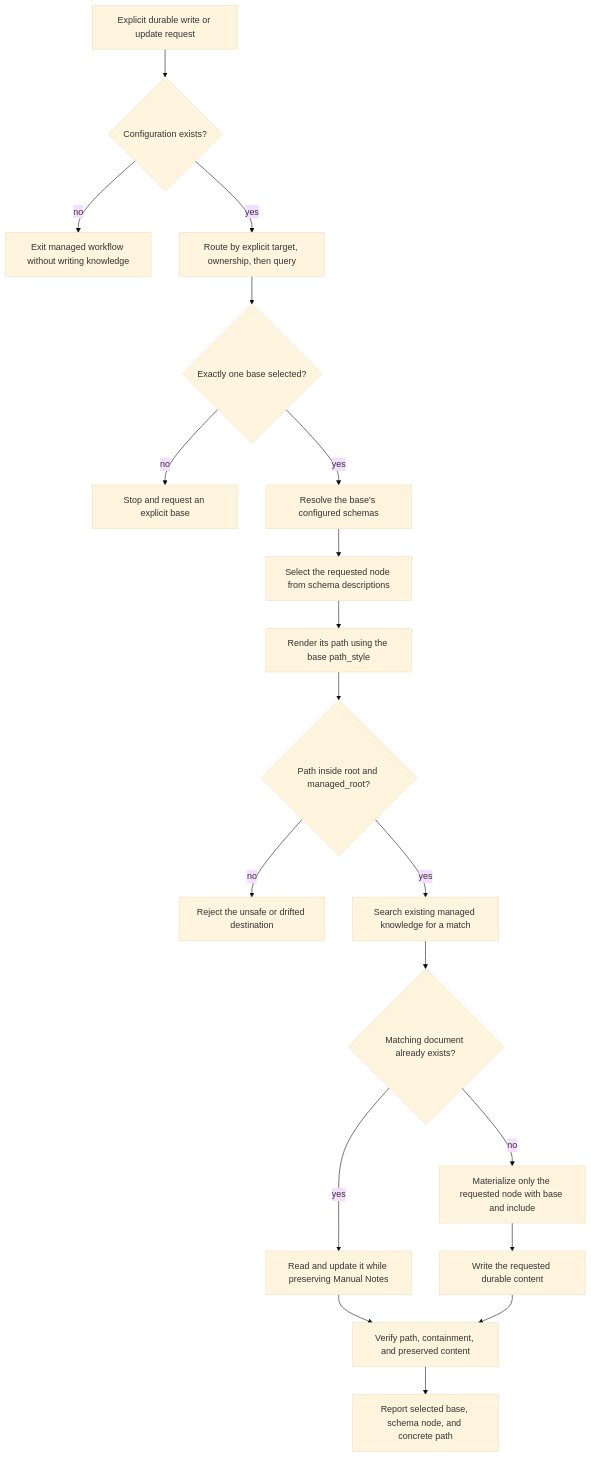
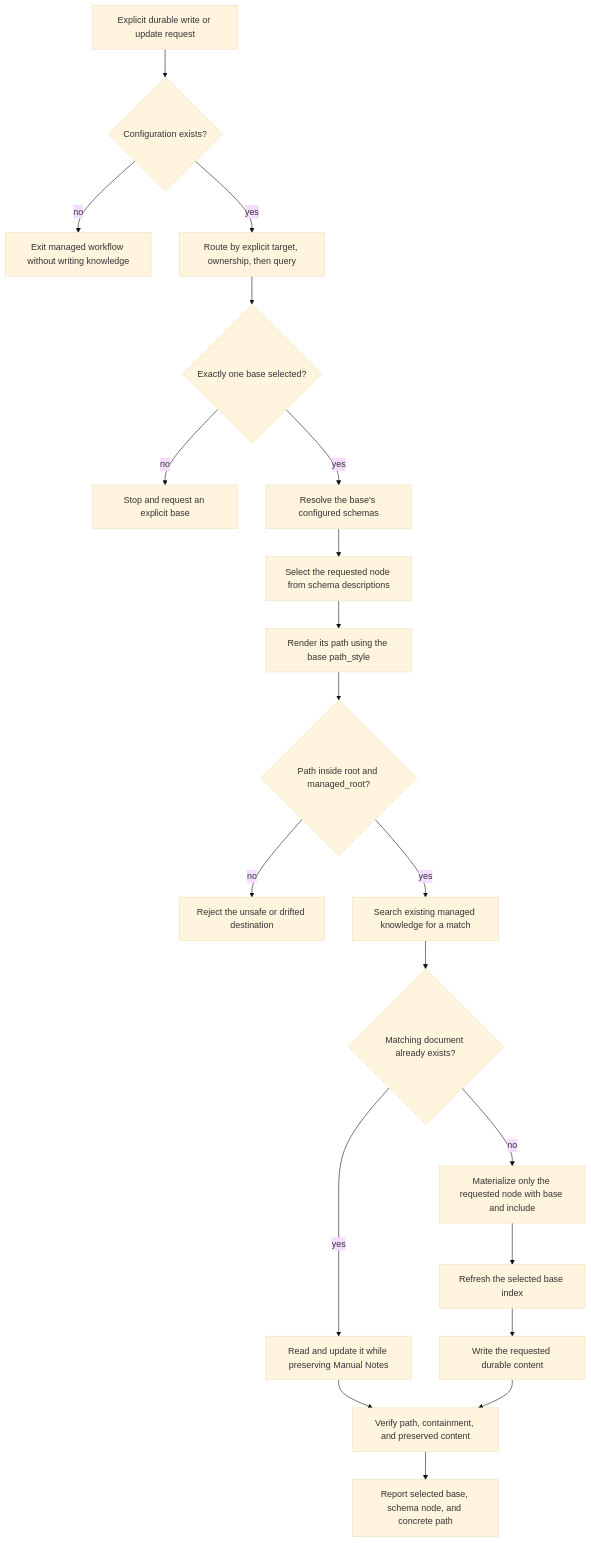
One commit to kevinslin/agstack changed the second of 2 diagrams in active/mem/README.md. Above: the diagram before and after it, drawn with Mermaid (base theme). The commit also changed other lines of this file and 22 other files, not shown here.

````diff
--- a/active/mem/README.md
+++ b/active/mem/README.md
@@ -218,21 +291,22 @@
 ```mermaid
 flowchart TD
     WriteRequest["Explicit durable write or update request"] --> WriteConfig{"Configuration exists?"}
     WriteConfig -->|no| WriteMissing["Exit managed workflow without writing knowledge"]
     WriteConfig -->|yes| WriteRoute["Route by explicit target, ownership, then query"]
     WriteRoute --> WriteSelected{"Exactly one base selected?"}
     WriteSelected -->|no| WriteStop["Stop and request an explicit base"]
     WriteSelected -->|yes| WriteSchemas["Resolve the base's configured schemas"]
     WriteSchemas --> WriteNode["Select the requested node from schema descriptions"]
     WriteNode --> WritePath["Render its path using the base path_style"]
     WritePath --> WriteContained{"Path inside root and managed_root?"}
     WriteContained -->|no| WriteReject["Reject the unsafe or drifted destination"]
     WriteContained -->|yes| WriteSearch["Search existing managed knowledge for a match"]
     WriteSearch --> WriteExisting{"Matching document already exists?"}
     WriteExisting -->|yes| WriteUpdate["Read and update it while preserving Manual Notes"]
     WriteExisting -->|no| WriteCreate["Materialize only the requested node with base and include"]
-    WriteCreate --> WritePopulate["Write the requested durable content"]
+    WriteCreate --> WriteRefresh["Refresh the selected base index"]
+    WriteRefresh --> WritePopulate["Write the requested durable content"]
     WriteUpdate --> WriteVerify["Verify path, containment, and preserved content"]
     WritePopulate --> WriteVerify
     WriteVerify --> WriteResult["Report selected base, schema node, and concrete path"]
 ```
````
